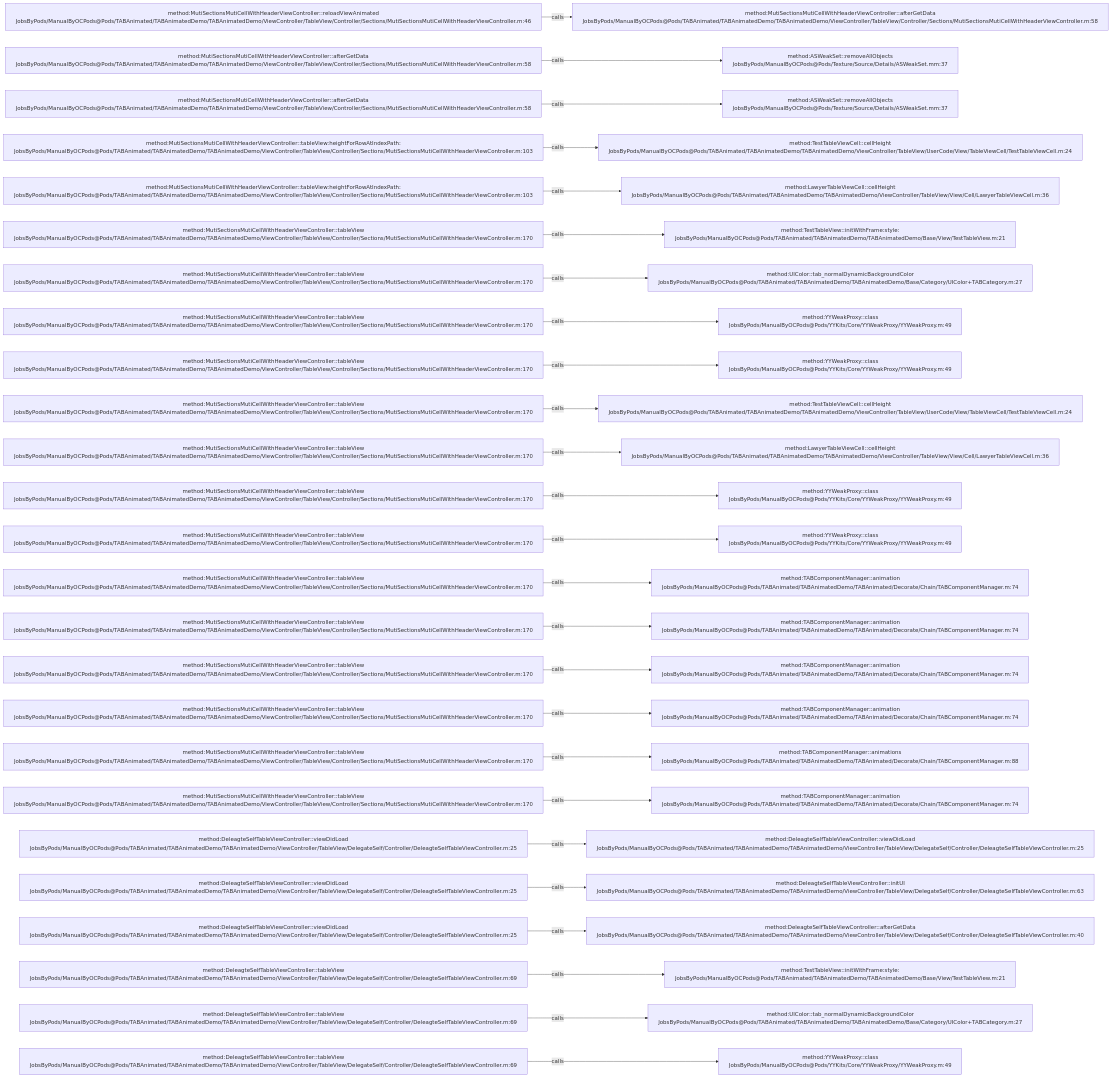
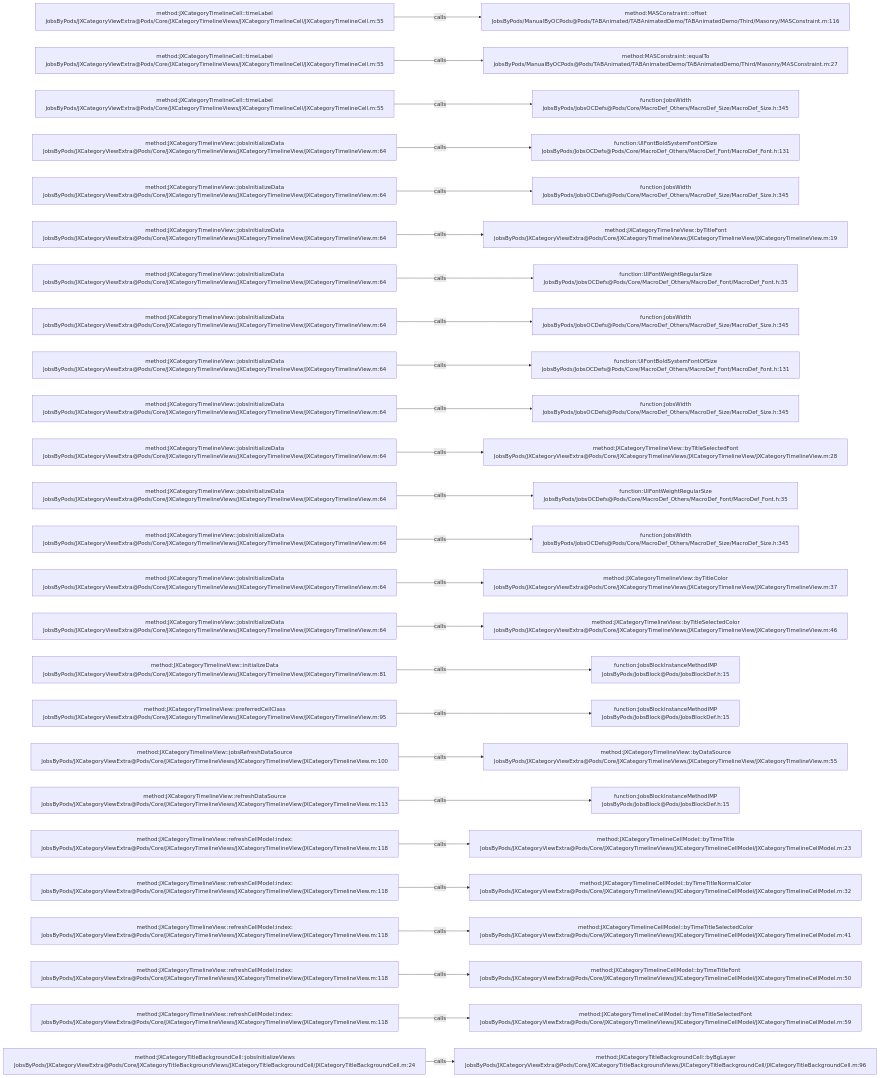
The diagram in .codegraph/codegraph.md/graphs/calls-049.md (JobsKits/JobsOCBaseConfigDemo), drawn with Mermaid before and after one commit. The commit also changed 768 other files, not shown here.

````diff
--- a/.codegraph/codegraph.md/graphs/calls-049.md
+++ b/.codegraph/codegraph.md/graphs/calls-049.md
@@ -13,78 +13,78 @@
 ```mermaid
 flowchart LR
-  S1["method:MutiSectionsMutiCellWithHeaderViewController::reloadViewAnimated<br/>JobsByPods/ManualByOCPods@Pods/TABAnimated/TABAnimatedDemo/TABAnimatedDemo/ViewController/TableView/Controller/Sections/MutiSectionsMutiCellWithHeaderViewController.m:46"]
-  T1["method:MutiSectionsMutiCellWithHeaderViewController::afterGetData<br/>JobsByPods/ManualByOCPods@Pods/TABAnimated/TABAnimatedDemo/TABAnimatedDemo/ViewController/TableView/Controller/Sections/MutiSectionsMutiCellWithHeaderViewController.m:58"]
+  S1["method:JXCategoryTimelineCell::timeLabel<br/>JobsByPods/JXCategoryViewExtra@Pods/Core/JXCategoryTimelineViews/JXCategoryTimelineCell/JXCategoryTimelineCell.m:55"]
+  T1["method:MASConstraint::offset<br/>JobsByPods/ManualByOCPods@Pods/TABAnimated/TABAnimatedDemo/TABAnimatedDemo/Third/Masonry/MASConstraint.m:116"]
   S1 -->|calls| T1
-  S2["method:MutiSectionsMutiCellWithHeaderViewController::afterGetData<br/>JobsByPods/ManualByOCPods@Pods/TABAnimated/TABAnimatedDemo/TABAnimatedDemo/ViewController/TableView/Controller/Sections/MutiSectionsMutiCellWithHeaderViewController.m:58"]
-  T2["method:ASWeakSet::removeAllObjects<br/>JobsByPods/ManualByOCPods@Pods/Texture/Source/Details/ASWeakSet.mm:37"]
+  S2["method:JXCategoryTimelineCell::timeLabel<br/>JobsByPods/JXCategoryViewExtra@Pods/Core/JXCategoryTimelineViews/JXCategoryTimelineCell/JXCategoryTimelineCell.m:55"]
+  T2["method:MASConstraint::equalTo<br/>JobsByPods/ManualByOCPods@Pods/TABAnimated/TABAnimatedDemo/TABAnimatedDemo/Third/Masonry/MASConstraint.m:27"]
   S2 -->|calls| T2
-  S3["method:MutiSectionsMutiCellWithHeaderViewController::afterGetData<br/>JobsByPods/ManualByOCPods@Pods/TABAnimated/TABAnimatedDemo/TABAnimatedDemo/ViewController/TableView/Controller/Sections/MutiSectionsMutiCellWithHeaderViewController.m:58"]
-  T3["method:ASWeakSet::removeAllObjects<br/>JobsByPods/ManualByOCPods@Pods/Texture/Source/Details/ASWeakSet.mm:37"]
+  S3["method:JXCategoryTimelineCell::timeLabel<br/>JobsByPods/JXCategoryViewExtra@Pods/Core/JXCategoryTimelineViews/JXCategoryTimelineCell/JXCategoryTimelineCell.m:55"]
+  T3["function:JobsWidth<br/>JobsByPods/JobsOCDefs@Pods/Core/MacroDef_Others/MacroDef_Size/MacroDef_Size.h:345"]
   S3 -->|calls| T3
-  S4["method:MutiSectionsMutiCellWithHeaderViewController::tableView:heightForRowAtIndexPath:<br/>JobsByPods/ManualByOCPods@Pods/TABAnimated/TABAnimatedDemo/TABAnimatedDemo/ViewController/TableView/Controller/Sections/MutiSectionsMutiCellWithHeaderViewController.m:103"]
-  T4["method:TestTableViewCell::cellHeight<br/>JobsByPods/ManualByOCPods@Pods/TABAnimated/TABAnimatedDemo/TABAnimatedDemo/ViewController/TableView/UserCode/View/TableViewCell/TestTableViewCell.m:24"]
+  S4["method:JXCategoryTimelineView::jobsInitializeData<br/>JobsByPods/JXCategoryViewExtra@Pods/Core/JXCategoryTimelineViews/JXCategoryTimelineView/JXCategoryTimelineView.m:64"]
+  T4["function:UIFontBoldSystemFontOfSize<br/>JobsByPods/JobsOCDefs@Pods/Core/MacroDef_Others/MacroDef_Font/MacroDef_Font.h:131"]
   S4 -->|calls| T4
-  S5["method:MutiSectionsMutiCellWithHeaderViewController::tableView:heightForRowAtIndexPath:<br/>JobsByPods/ManualByOCPods@Pods/TABAnimated/TABAnimatedDemo/TABAnimatedDemo/ViewController/TableView/Controller/Sections/MutiSectionsMutiCellWithHeaderViewController.m:103"]
-  T5["method:LawyerTableViewCell::cellHeight<br/>JobsByPods/ManualByOCPods@Pods/TABAnimated/TABAnimatedDemo/TABAnimatedDemo/ViewController/TableView/View/Cell/LawyerTableViewCell.m:36"]
+  S5["method:JXCategoryTimelineView::jobsInitializeData<br/>JobsByPods/JXCategoryViewExtra@Pods/Core/JXCategoryTimelineViews/JXCategoryTimelineView/JXCategoryTimelineView.m:64"]
+  T5["function:JobsWidth<br/>JobsByPods/JobsOCDefs@Pods/Core/MacroDef_Others/MacroDef_Size/MacroDef_Size.h:345"]
   S5 -->|calls| T5
-  S6["method:MutiSectionsMutiCellWithHeaderViewController::tableView<br/>JobsByPods/ManualByOCPods@Pods/TABAnimated/TABAnimatedDemo/TABAnimatedDemo/ViewController/TableView/Controller/Sections/MutiSectionsMutiCellWithHeaderViewController.m:170"]
-  T6["method:TestTableView::initWithFrame:style:<br/>JobsByPods/ManualByOCPods@Pods/TABAnimated/TABAnimatedDemo/TABAnimatedDemo/Base/View/TestTableView.m:21"]
+  S6["method:JXCategoryTimelineView::jobsInitializeData<br/>JobsByPods/JXCategoryViewExtra@Pods/Core/JXCategoryTimelineViews/JXCategoryTimelineView/JXCategoryTimelineView.m:64"]
+  T6["method:JXCategoryTimelineView::byTitleFont<br/>JobsByPods/JXCategoryViewExtra@Pods/Core/JXCategoryTimelineViews/JXCategoryTimelineView/JXCategoryTimelineView.m:19"]
   S6 -->|calls| T6
-  S7["method:MutiSectionsMutiCellWithHeaderViewController::tableView<br/>JobsByPods/ManualByOCPods@Pods/TABAnimated/TABAnimatedDemo/TABAnimatedDemo/ViewController/TableView/Controller/Sections/MutiSectionsMutiCellWithHeaderViewController.m:170"]
-  T7["method:UIColor::tab_normalDynamicBackgroundColor<br/>JobsByPods/ManualByOCPods@Pods/TABAnimated/TABAnimatedDemo/TABAnimatedDemo/Base/Category/UIColor+TABCategory.m:27"]
+  S7["method:JXCategoryTimelineView::jobsInitializeData<br/>JobsByPods/JXCategoryViewExtra@Pods/Core/JXCategoryTimelineViews/JXCategoryTimelineView/JXCategoryTimelineView.m:64"]
+  T7["function:UIFontWeightRegularSize<br/>JobsByPods/JobsOCDefs@Pods/Core/MacroDef_Others/MacroDef_Font/MacroDef_Font.h:35"]
   S7 -->|calls| T7
-  S8["method:MutiSectionsMutiCellWithHeaderViewController::tableView<br/>JobsByPods/ManualByOCPods@Pods/TABAnimated/TABAnimatedDemo/TABAnimatedDemo/ViewController/TableView/Controller/Sections/MutiSectionsMutiCellWithHeaderViewController.m:170"]
-  T8["method:YYWeakProxy::class<br/>JobsByPods/ManualByOCPods@Pods/YYKits/Core/YYWeakProxy/YYWeakProxy.m:49"]
+  S8["method:JXCategoryTimelineView::jobsInitializeData<br/>JobsByPods/JXCategoryViewExtra@Pods/Core/JXCategoryTimelineViews/JXCategoryTimelineView/JXCategoryTimelineView.m:64"]
+  T8["function:JobsWidth<br/>JobsByPods/JobsOCDefs@Pods/Core/MacroDef_Others/MacroDef_Size/MacroDef_Size.h:345"]
   S8 -->|calls| T8
-  S9["method:MutiSectionsMutiCellWithHeaderViewController::tableView<br/>JobsByPods/ManualByOCPods@Pods/TABAnimated/TABAnimatedDemo/TABAnimatedDemo/ViewController/TableView/Controller/Sections/MutiSectionsMutiCellWithHeaderViewController.m:170"]
-  T9["method:YYWeakProxy::class<br/>JobsByPods/ManualByOCPods@Pods/YYKits/Core/YYWeakProxy/YYWeakProxy.m:49"]
+  S9["method:JXCategoryTimelineView::jobsInitializeData<br/>JobsByPods/JXCategoryViewExtra@Pods/Core/JXCategoryTimelineViews/JXCategoryTimelineView/JXCategoryTimelineView.m:64"]
+  T9["function:UIFontBoldSystemFontOfSize<br/>JobsByPods/JobsOCDefs@Pods/Core/MacroDef_Others/MacroDef_Font/MacroDef_Font.h:131"]
   S9 -->|calls| T9
-  S10["method:MutiSectionsMutiCellWithHeaderViewController::tableView<br/>JobsByPods/ManualByOCPods@Pods/TABAnimated/TABAnimatedDemo/TABAnimatedDemo/ViewController/TableView/Controller/Sections/MutiSectionsMutiCellWithHeaderViewController.m:170"]
-  T10["method:TestTableViewCell::cellHeight<br/>JobsByPods/ManualByOCPods@Pods/TABAnimated/TABAnimatedDemo/TABAnimatedDemo/ViewController/TableView/UserCode/View/TableViewCell/TestTableViewCell.m:24"]
+  S10["method:JXCategoryTimelineView::jobsInitializeData<br/>JobsByPods/JXCategoryViewExtra@Pods/Core/JXCategoryTimelineViews/JXCategoryTimelineView/JXCategoryTimelineView.m:64"]
+  T10["function:JobsWidth<br/>JobsByPods/JobsOCDefs@Pods/Core/MacroDef_Others/MacroDef_Size/MacroDef_Size.h:345"]
   S10 -->|calls| T10
-  S11["method:MutiSectionsMutiCellWithHeaderViewController::tableView<br/>JobsByPods/ManualByOCPods@Pods/TABAnimated/TABAnimatedDemo/TABAnimatedDemo/ViewController/TableView/Controller/Sections/MutiSectionsMutiCellWithHeaderViewController.m:170"]
-  T11["method:LawyerTableViewCell::cellHeight<br/>JobsByPods/ManualByOCPods@Pods/TABAnimated/TABAnimatedDemo/TABAnimatedDemo/ViewController/TableView/View/Cell/LawyerTableViewCell.m:36"]
+  S11["method:JXCategoryTimelineView::jobsInitializeData<br/>JobsByPods/JXCategoryViewExtra@Pods/Core/JXCategoryTimelineViews/JXCategoryTimelineView/JXCategoryTimelineView.m:64"]
+  T11["method:JXCategoryTimelineView::byTitleSelectedFont<br/>JobsByPods/JXCategoryViewExtra@Pods/Core/JXCategoryTimelineViews/JXCategoryTimelineView/JXCategoryTimelineView.m:28"]
   S11 -->|calls| T11
-  S12["method:MutiSectionsMutiCellWithHeaderViewController::tableView<br/>JobsByPods/ManualByOCPods@Pods/TABAnimated/TABAnimatedDemo/TABAnimatedDemo/ViewController/TableView/Controller/Sections/MutiSectionsMutiCellWithHeaderViewController.m:170"]
-  T12["method:YYWeakProxy::class<br/>JobsByPods/ManualByOCPods@Pods/YYKits/Core/YYWeakProxy/YYWeakProxy.m:49"]
+  S12["method:JXCategoryTimelineView::jobsInitializeData<br/>JobsByPods/JXCategoryViewExtra@Pods/Core/JXCategoryTimelineViews/JXCategoryTimelineView/JXCategoryTimelineView.m:64"]
+  T12["function:UIFontWeightRegularSize<br/>JobsByPods/JobsOCDefs@Pods/Core/MacroDef_Others/MacroDef_Font/MacroDef_Font.h:35"]
   S12 -->|calls| T12
-  S13["method:MutiSectionsMutiCellWithHeaderViewController::tableView<br/>JobsByPods/ManualByOCPods@Pods/TABAnimated/TABAnimatedDemo/TABAnimatedDemo/ViewController/TableView/Controller/Sections/MutiSectionsMutiCellWithHeaderViewController.m:170"]
-  T13["method:YYWeakProxy::class<br/>JobsByPods/ManualByOCPods@Pods/YYKits/Core/YYWeakProxy/YYWeakProxy.m:49"]
+  S13["method:JXCategoryTimelineView::jobsInitializeData<br/>JobsByPods/JXCategoryViewExtra@Pods/Core/JXCategoryTimelineViews/JXCategoryTimelineView/JXCategoryTimelineView.m:64"]
+  T13["function:JobsWidth<br/>JobsByPods/JobsOCDefs@Pods/Core/MacroDef_Others/MacroDef_Size/MacroDef_Size.h:345"]
   S13 -->|calls| T13
-  S14["method:MutiSectionsMutiCellWithHeaderViewController::tableView<br/>JobsByPods/ManualByOCPods@Pods/TABAnimated/TABAnimatedDemo/TABAnimatedDemo/ViewController/TableView/Controller/Sections/MutiSectionsMutiCellWithHeaderViewController.m:170"]
-  T14["method:TABComponentManager::animation<br/>JobsByPods/ManualByOCPods@Pods/TABAnimated/TABAnimatedDemo/TABAnimated/Decorate/Chain/TABComponentManager.m:74"]
+  S14["method:JXCategoryTimelineView::jobsInitializeData<br/>JobsByPods/JXCategoryViewExtra@Pods/Core/JXCategoryTimelineViews/JXCategoryTimelineView/JXCategoryTimelineView.m:64"]
+  T14["method:JXCategoryTimelineView::byTitleColor<br/>JobsByPods/JXCategoryViewExtra@Pods/Core/JXCategoryTimelineViews/JXCategoryTimelineView/JXCategoryTimelineView.m:37"]
   S14 -->|calls| T14
-  S15["method:MutiSectionsMutiCellWithHeaderViewController::tableView<br/>JobsByPods/ManualByOCPods@Pods/TABAnimated/TABAnimatedDemo/TABAnimatedDemo/ViewController/TableView/Controller/Sections/MutiSectionsMutiCellWithHeaderViewController.m:170"]
-  T15["method:TABComponentManager::animation<br/>JobsByPods/ManualByOCPods@Pods/TABAnimated/TABAnimatedDemo/TABAnimated/Decorate/Chain/TABComponentManager.m:74"]
+  S15["method:JXCategoryTimelineView::jobsInitializeData<br/>JobsByPods/JXCategoryViewExtra@Pods/Core/JXCategoryTimelineViews/JXCategoryTimelineView/JXCategoryTimelineView.m:64"]
+  T15["method:JXCategoryTimelineView::byTitleSelectedColor<br/>JobsByPods/JXCategoryViewExtra@Pods/Core/JXCategoryTimelineViews/JXCategoryTimelineView/JXCategoryTimelineView.m:46"]
   S15 -->|calls| T15
-  S16["method:MutiSectionsMutiCellWithHeaderViewController::tableView<br/>JobsByPods/ManualByOCPods@Pods/TABAnimated/TABAnimatedDemo/TABAnimatedDemo/ViewController/TableView/Controller/Sections/MutiSectionsMutiCellWithHeaderViewController.m:170"]
-  T16["method:TABComponentManager::animation<br/>JobsByPods/ManualByOCPods@Pods/TABAnimated/TABAnimatedDemo/TABAnimated/Decorate/Chain/TABComponentManager.m:74"]
+  S16["method:JXCategoryTimelineView::initializeData<br/>JobsByPods/JXCategoryViewExtra@Pods/Core/JXCategoryTimelineViews/JXCategoryTimelineView/JXCategoryTimelineView.m:81"]
+  T16["function:JobsBlockInstanceMethodIMP<br/>JobsByPods/JobsBlock@Pods/JobsBlockDef.h:15"]
   S16 -->|calls| T16
-  S17["method:MutiSectionsMutiCellWithHeaderViewController::tableView<br/>JobsByPods/ManualByOCPods@Pods/TABAnimated/TABAnimatedDemo/TABAnimatedDemo/ViewController/TableView/Controller/Sections/MutiSectionsMutiCellWithHeaderViewController.m:170"]
-  T17["method:TABComponentManager::animation<br/>JobsByPods/ManualByOCPods@Pods/TABAnimated/TABAnimatedDemo/TABAnimated/Decorate/Chain/TABComponentManager.m:74"]
+  S17["method:JXCategoryTimelineView::preferredCellClass<br/>JobsByPods/JXCategoryViewExtra@Pods/Core/JXCategoryTimelineViews/JXCategoryTimelineView/JXCategoryTimelineView.m:95"]
+  T17["function:JobsBlockInstanceMethodIMP<br/>JobsByPods/JobsBlock@Pods/JobsBlockDef.h:15"]
   S17 -->|calls| T17
-  S18["method:MutiSectionsMutiCellWithHeaderViewController::tableView<br/>JobsByPods/ManualByOCPods@Pods/TABAnimated/TABAnimatedDemo/TABAnimatedDemo/ViewController/TableView/Controller/Sections/MutiSectionsMutiCellWithHeaderViewController.m:170"]
-  T18["method:TABComponentManager::animations<br/>JobsByPods/ManualByOCPods@Pods/TABAnimated/TABAnimatedDemo/TABAnimated/Decorate/Chain/TABComponentManager.m:88"]
+  S18["method:JXCategoryTimelineView::jobsRefreshDataSource<br/>JobsByPods/JXCategoryViewExtra@Pods/Core/JXCategoryTimelineViews/JXCategoryTimelineView/JXCategoryTimelineView.m:100"]
+  T18["method:JXCategoryTimelineView::byDataSource<br/>JobsByPods/JXCategoryViewExtra@Pods/Core/JXCategoryTimelineViews/JXCategoryTimelineView/JXCategoryTimelineView.m:55"]
   S18 -->|calls| T18
-  S19["method:MutiSectionsMutiCellWithHeaderViewController::tableView<br/>JobsByPods/ManualByOCPods@Pods/TABAnimated/TABAnimatedDemo/TABAnimatedDemo/ViewController/TableView/Controller/Sections/MutiSectionsMutiCellWithHeaderViewController.m:170"]
-  T19["method:TABComponentManager::animation<br/>JobsByPods/ManualByOCPods@Pods/TABAnimated/TABAnimatedDemo/TABAnimated/Decorate/Chain/TABComponentManager.m:74"]
+  S19["method:JXCategoryTimelineView::refreshDataSource<br/>JobsByPods/JXCategoryViewExtra@Pods/Core/JXCategoryTimelineViews/JXCategoryTimelineView/JXCategoryTimelineView.m:113"]
+  T19["function:JobsBlockInstanceMethodIMP<br/>JobsByPods/JobsBlock@Pods/JobsBlockDef.h:15"]
   S19 -->|calls| T19
-  S20["method:DeleagteSelfTableViewController::viewDidLoad<br/>JobsByPods/ManualByOCPods@Pods/TABAnimated/TABAnimatedDemo/TABAnimatedDemo/ViewController/TableView/DelegateSelf/Controller/DeleagteSelfTableViewController.m:25"]
-  T20["method:DeleagteSelfTableViewController::viewDidLoad<br/>JobsByPods/ManualByOCPods@Pods/TABAnimated/TABAnimatedDemo/TABAnimatedDemo/ViewController/TableView/DelegateSelf/Controller/DeleagteSelfTableViewController.m:25"]
+  S20["method:JXCategoryTimelineView::refreshCellModel:index:<br/>JobsByPods/JXCategoryViewExtra@Pods/Core/JXCategoryTimelineViews/JXCategoryTimelineView/JXCategoryTimelineView.m:118"]
+  T20["method:JXCategoryTimelineCellModel::byTimeTitle<br/>JobsByPods/JXCategoryViewExtra@Pods/Core/JXCategoryTimelineViews/JXCategoryTimelineCellModel/JXCategoryTimelineCellModel.m:23"]
   S20 -->|calls| T20
-  S21["method:DeleagteSelfTableViewController::viewDidLoad<br/>JobsByPods/ManualByOCPods@Pods/TABAnimated/TABAnimatedDemo/TABAnimatedDemo/ViewController/TableView/DelegateSelf/Controller/DeleagteSelfTableViewController.m:25"]
-  T21["method:DeleagteSelfTableViewController::initUI<br/>JobsByPods/ManualByOCPods@Pods/TABAnimated/TABAnimatedDemo/TABAnimatedDemo/ViewController/TableView/DelegateSelf/Controller/DeleagteSelfTableViewController.m:63"]
+  S21["method:JXCategoryTimelineView::refreshCellModel:index:<br/>JobsByPods/JXCategoryViewExtra@Pods/Core/JXCategoryTimelineViews/JXCategoryTimelineView/JXCategoryTimelineView.m:118"]
+  T21["method:JXCategoryTimelineCellModel::byTimeTitleNormalColor<br/>JobsByPods/JXCategoryViewExtra@Pods/Core/JXCategoryTimelineViews/JXCategoryTimelineCellModel/JXCategoryTimelineCellModel.m:32"]
   S21 -->|calls| T21
-  S22["method:DeleagteSelfTableViewController::viewDidLoad<br/>JobsByPods/ManualByOCPods@Pods/TABAnimated/TABAnimatedDemo/TABAnimatedDemo/ViewController/TableView/DelegateSelf/Controller/DeleagteSelfTableViewController.m:25"]
-  T22["method:DeleagteSelfTableViewController::afterGetData<br/>JobsByPods/ManualByOCPods@Pods/TABAnimated/TABAnimatedDemo/TABAnimatedDemo/ViewController/TableView/DelegateSelf/Controller/DeleagteSelfTableViewController.m:40"]
+  S22["method:JXCategoryTimelineView::refreshCellModel:index:<br/>JobsByPods/JXCategoryViewExtra@Pods/Core/JXCategoryTimelineViews/JXCategoryTimelineView/JXCategoryTimelineView.m:118"]
+  T22["method:JXCategoryTimelineCellModel::byTimeTitleSelectedColor<br/>JobsByPods/JXCategoryViewExtra@Pods/Core/JXCategoryTimelineViews/JXCategoryTimelineCellModel/JXCategoryTimelineCellModel.m:41"]
   S22 -->|calls| T22
-  S23["method:DeleagteSelfTableViewController::tableView<br/>JobsByPods/ManualByOCPods@Pods/TABAnimated/TABAnimatedDemo/TABAnimatedDemo/ViewController/TableView/DelegateSelf/Controller/DeleagteSelfTableViewController.m:69"]
-  T23["method:TestTableView::initWithFrame:style:<br/>JobsByPods/ManualByOCPods@Pods/TABAnimated/TABAnimatedDemo/TABAnimatedDemo/Base/View/TestTableView.m:21"]
+  S23["method:JXCategoryTimelineView::refreshCellModel:index:<br/>JobsByPods/JXCategoryViewExtra@Pods/Core/JXCategoryTimelineViews/JXCategoryTimelineView/JXCategoryTimelineView.m:118"]
+  T23["method:JXCategoryTimelineCellModel::byTimeTitleFont<br/>JobsByPods/JXCategoryViewExtra@Pods/Core/JXCategoryTimelineViews/JXCategoryTimelineCellModel/JXCategoryTimelineCellModel.m:50"]
   S23 -->|calls| T23
-  S24["method:DeleagteSelfTableViewController::tableView<br/>JobsByPods/ManualByOCPods@Pods/TABAnimated/TABAnimatedDemo/TABAnimatedDemo/ViewController/TableView/DelegateSelf/Controller/DeleagteSelfTableViewController.m:69"]
-  T24["method:UIColor::tab_normalDynamicBackgroundColor<br/>JobsByPods/ManualByOCPods@Pods/TABAnimated/TABAnimatedDemo/TABAnimatedDemo/Base/Category/UIColor+TABCategory.m:27"]
+  S24["method:JXCategoryTimelineView::refreshCellModel:index:<br/>JobsByPods/JXCategoryViewExtra@Pods/Core/JXCategoryTimelineViews/JXCategoryTimelineView/JXCategoryTimelineView.m:118"]
+  T24["method:JXCategoryTimelineCellModel::byTimeTitleSelectedFont<br/>JobsByPods/JXCategoryViewExtra@Pods/Core/JXCategoryTimelineViews/JXCategoryTimelineCellModel/JXCategoryTimelineCellModel.m:59"]
   S24 -->|calls| T24
-  S25["method:DeleagteSelfTableViewController::tableView<br/>JobsByPods/ManualByOCPods@Pods/TABAnimated/TABAnimatedDemo/TABAnimatedDemo/ViewController/TableView/DelegateSelf/Controller/DeleagteSelfTableViewController.m:69"]
-  T25["method:YYWeakProxy::class<br/>JobsByPods/ManualByOCPods@Pods/YYKits/Core/YYWeakProxy/YYWeakProxy.m:49"]
+  S25["method:JXCategoryTitleBackgroundCell::jobsInitializeViews<br/>JobsByPods/JXCategoryViewExtra@Pods/Core/JXCategoryTitleBackgroundViews/JXCategoryTitleBackgroundCell/JXCategoryTitleBackgroundCell.m:24"]
+  T25["method:JXCategoryTitleBackgroundCell::byBgLayer<br/>JobsByPods/JXCategoryViewExtra@Pods/Core/JXCategoryTitleBackgroundViews/JXCategoryTitleBackgroundCell/JXCategoryTitleBackgroundCell.m:96"]
   S25 -->|calls| T25
 ```
````
